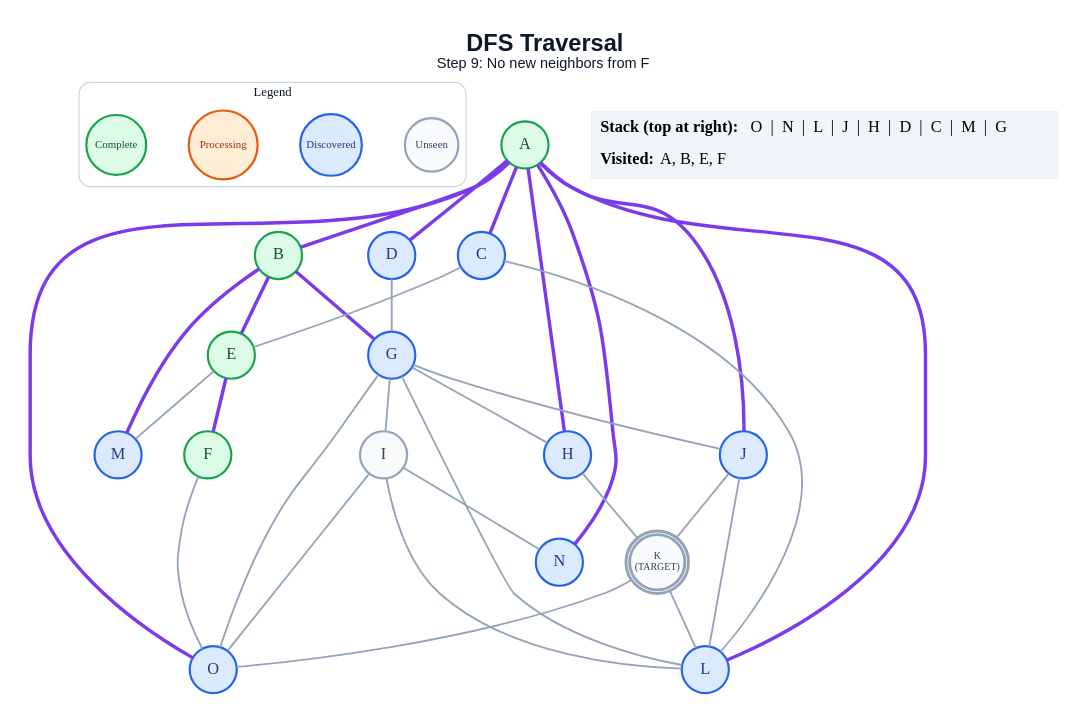
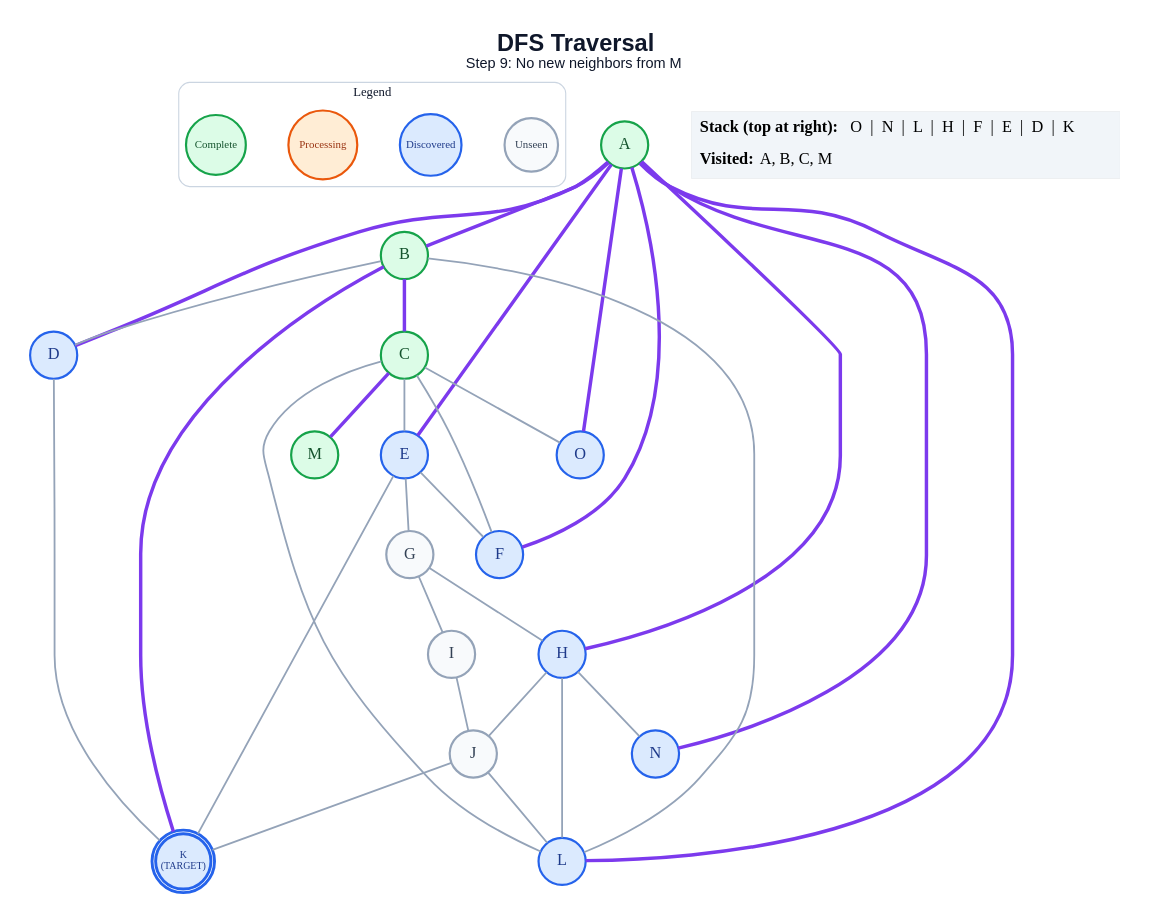
Before and after one commit to anon7238593-create/ai-slop: the diagram in generated/specific-node/dfs/step_09.dot, drawn with Graphviz. The commit also changed 293 other files, not shown here.

```diff
--- a/generated/specific-node/dfs/step_09.dot
+++ b/generated/specific-node/dfs/step_09.dot
@@ -1,64 +1,63 @@
 graph traversal {
   graph [layout=dot, rankdir=TB, bgcolor="#FFFFFF", pad="0.35", nodesep="0.65", ranksep="0.8", fontname="Arial"];
   node [shape=circle, style="filled", fontname="Arial Bold", fontsize=18, width=0.72, fixedsize=true, penwidth=2.4];
   edge [color="#94A3B8", penwidth=2.0];
-  label=<<B>DFS Traversal</B><BR/><FONT POINT-SIZE="16">Step 9: No new neighbors from F</FONT>>; labelloc="t"; fontsize=26; fontname="Arial"; fontcolor="#0F172A";
+  label=<<B>DFS Traversal</B><BR/><FONT POINT-SIZE="16">Step 9: No new neighbors from M</FONT>>; labelloc="t"; fontsize=26; fontname="Arial"; fontcolor="#0F172A";
   subgraph cluster_legend { label="Legend"; color="#CBD5E1"; penwidth=1.2; style="rounded"; fontsize=14; fontname="Arial Bold";
     key_unseen [label="Unseen", fillcolor="#F8FAFC", color="#94A3B8", fontcolor="#334155", fontsize=12, width=0.82];
     key_frontier [label="Discovered", fillcolor="#DBEAFE", color="#2563EB", fontcolor="#1E3A8A", fontsize=12, width=0.95];
     key_current [label="Processing", fillcolor="#FFEDD5", color="#EA580C", fontcolor="#9A3412", fontsize=12, width=1.05];
     key_done [label="Complete", fillcolor="#DCFCE7", color="#16A34A", fontcolor="#14532D", fontsize=12, width=0.92];
     { rank=same; key_unseen; key_frontier; key_current; key_done; }
   }
   A [label="A", fillcolor="#DCFCE7", color="#16A34A", fontcolor="#14532D", peripheries=1, penwidth=2.4];
   B [label="B", fillcolor="#DCFCE7", color="#16A34A", fontcolor="#14532D", peripheries=1, penwidth=2.4];
-  C [label="C", fillcolor="#DBEAFE", color="#2563EB", fontcolor="#1E3A8A", peripheries=1, penwidth=2.4];
+  C [label="C", fillcolor="#DCFCE7", color="#16A34A", fontcolor="#14532D", peripheries=1, penwidth=2.4];
   D [label="D", fillcolor="#DBEAFE", color="#2563EB", fontcolor="#1E3A8A", peripheries=1, penwidth=2.4];
-  E [label="E", fillcolor="#DCFCE7", color="#16A34A", fontcolor="#14532D", peripheries=1, penwidth=2.4];
-  F [label="F", fillcolor="#DCFCE7", color="#16A34A", fontcolor="#14532D", peripheries=1, penwidth=2.4];
-  G [label="G", fillcolor="#DBEAFE", color="#2563EB", fontcolor="#1E3A8A", peripheries=1, penwidth=2.4];
+  E [label="E", fillcolor="#DBEAFE", color="#2563EB", fontcolor="#1E3A8A", peripheries=1, penwidth=2.4];
+  F [label="F", fillcolor="#DBEAFE", color="#2563EB", fontcolor="#1E3A8A", peripheries=1, penwidth=2.4];
+  G [label="G", fillcolor="#F8FAFC", color="#94A3B8", fontcolor="#334155", peripheries=1, penwidth=2.4];
   H [label="H", fillcolor="#DBEAFE", color="#2563EB", fontcolor="#1E3A8A", peripheries=1, penwidth=2.4];
   I [label="I", fillcolor="#F8FAFC", color="#94A3B8", fontcolor="#334155", peripheries=1, penwidth=2.4];
-  J [label="J", fillcolor="#DBEAFE", color="#2563EB", fontcolor="#1E3A8A", peripheries=1, penwidth=2.4];
-  K [label="K\n(TARGET)", fillcolor="#F8FAFC", color="#94A3B8", fontcolor="#334155", peripheries=2, penwidth=3.2, fontsize=11, width=0.85, height=0.85];
+  J [label="J", fillcolor="#F8FAFC", color="#94A3B8", fontcolor="#334155", peripheries=1, penwidth=2.4];
+  K [label="K\n(TARGET)", fillcolor="#DBEAFE", color="#2563EB", fontcolor="#1E3A8A", peripheries=2, penwidth=3.2, fontsize=11, width=0.85, height=0.85];
   L [label="L", fillcolor="#DBEAFE", color="#2563EB", fontcolor="#1E3A8A", peripheries=1, penwidth=2.4];
-  M [label="M", fillcolor="#DBEAFE", color="#2563EB", fontcolor="#1E3A8A", peripheries=1, penwidth=2.4];
+  M [label="M", fillcolor="#DCFCE7", color="#16A34A", fontcolor="#14532D", peripheries=1, penwidth=2.4];
   N [label="N", fillcolor="#DBEAFE", color="#2563EB", fontcolor="#1E3A8A", peripheries=1, penwidth=2.4];
   O [label="O", fillcolor="#DBEAFE", color="#2563EB", fontcolor="#1E3A8A", peripheries=1, penwidth=2.4];
   A -- B [color="#7C3AED", penwidth=3.8];
-  A -- C [color="#7C3AED", penwidth=3.8];
   A -- D [color="#7C3AED", penwidth=3.8];
+  A -- E [color="#7C3AED", penwidth=3.8];
+  A -- F [color="#7C3AED", penwidth=3.8];
   A -- H [color="#7C3AED", penwidth=3.8];
-  A -- J [color="#7C3AED", penwidth=3.8];
   A -- L [color="#7C3AED", penwidth=3.8];
   A -- N [color="#7C3AED", penwidth=3.8];
   A -- O [color="#7C3AED", penwidth=3.8];
-  B -- E [color="#7C3AED", penwidth=3.8];
-  B -- G [color="#7C3AED", penwidth=3.8];
-  B -- M [color="#7C3AED", penwidth=3.8];
+  B -- C [color="#7C3AED", penwidth=3.8];
+  B -- D;
+  B -- K [color="#7C3AED", penwidth=3.8];
+  B -- L;
   C -- E;
+  C -- F;
   C -- L;
-  D -- G;
-  E -- F [color="#7C3AED", penwidth=3.8];
-  E -- M;
-  F -- O;
+  C -- M [color="#7C3AED", penwidth=3.8];
+  C -- O;
+  D -- K;
+  E -- F;
+  E -- G;
+  E -- K;
   G -- H;
   G -- I;
-  G -- J;
-  G -- L;
-  G -- O;
-  H -- K;
-  I -- L;
-  I -- N;
-  I -- O;
+  H -- J;
+  H -- L;
+  H -- N;
+  I -- J;
   J -- K;
   J -- L;
-  K -- L;
-  K -- O;
   status [shape=plain, fixedsize=false, width=0, height=0, margin=0, label=<
     <TABLE BORDER="0" CELLBORDER="0" CELLPADDING="7" BGCOLOR="#F1F5F9">
-      <TR><TD ALIGN="LEFT"><B>Stack (top at right):</B> O  |  N  |  L  |  J  |  H  |  D  |  C  |  M  |  G</TD></TR>
-      <TR><TD ALIGN="LEFT"><B>Visited:</B> A, B, E, F</TD></TR>
+      <TR><TD ALIGN="LEFT"><B>Stack (top at right):</B> O  |  N  |  L  |  H  |  F  |  E  |  D  |  K</TD></TR>
+      <TR><TD ALIGN="LEFT"><B>Visited:</B> A, B, C, M</TD></TR>
     </TABLE>
   >];
 }
```
